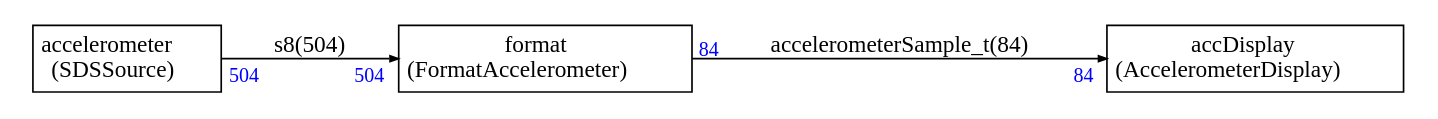
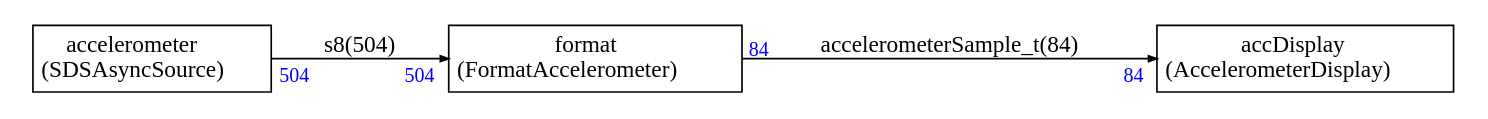
Before and after one commit to christophe0606/SDS-Framework: the diagram in demo/Stream/demo.dot, drawn with Graphviz. The commit also changed 5 other files, not shown here.

Commit message:
Added SDSAsyncSource

```diff
--- a/demo/Stream/demo.dot
+++ b/demo/Stream/demo.dot
@@ -1,48 +1,48 @@
 
 
 
 
 digraph structs {
     node [shape=plaintext]
     rankdir=LR
     edge [arrowsize=0.5]
     fontname="times"
 
 
 accDisplay [label=<
 <TABLE BORDER="0" CELLBORDER="1" CELLSPACING="0" CELLPADDING="4">
   <TR>
     <TD ALIGN="CENTER" PORT="i">accDisplay<BR/>(AccelerometerDisplay)</TD>
   </TR>
 </TABLE>>];
 
 accelerometer [label=<
 <TABLE BORDER="0" CELLBORDER="1" CELLSPACING="0" CELLPADDING="4">
   <TR>
-    <TD ALIGN="CENTER" PORT="i">accelerometer<BR/>(SDSSource)</TD>
+    <TD ALIGN="CENTER" PORT="i">accelerometer<BR/>(SDSAsyncSource)</TD>
   </TR>
 </TABLE>>];
 
 format [label=<
 <TABLE BORDER="0" CELLBORDER="1" CELLSPACING="0" CELLPADDING="4">
   <TR>
     <TD ALIGN="CENTER" PORT="i">format<BR/>(FormatAccelerometer)</TD>
   </TR>
 </TABLE>>];
 
 
 
 accelerometer:i -> format:i [label="s8(504)"
 ,headlabel=<<TABLE BORDER="0" CELLPADDING="2"><TR><TD><FONT COLOR="blue" POINT-SIZE="12.0" >504</FONT>
 </TD></TR></TABLE>>
 ,taillabel=<<TABLE BORDER="0" CELLPADDING="2"><TR><TD><FONT COLOR="blue" POINT-SIZE="12.0" >504</FONT>
 </TD></TR></TABLE>>]
 
 format:i -> accDisplay:i [label="accelerometerSample_t(84)"
 ,headlabel=<<TABLE BORDER="0" CELLPADDING="2"><TR><TD><FONT COLOR="blue" POINT-SIZE="12.0" >84</FONT>
 </TD></TR></TABLE>>
 ,taillabel=<<TABLE BORDER="0" CELLPADDING="2"><TR><TD><FONT COLOR="blue" POINT-SIZE="12.0" >84</FONT>
 </TD></TR></TABLE>>]
 
 
 }
```
